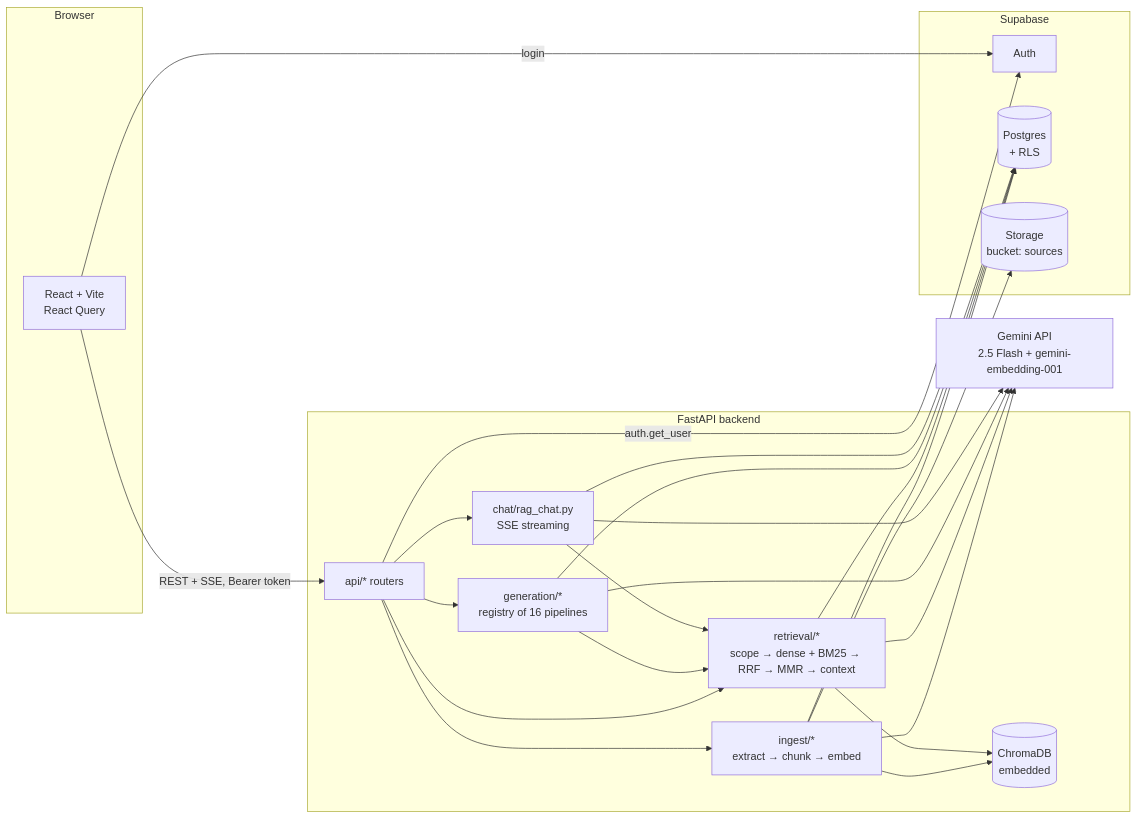
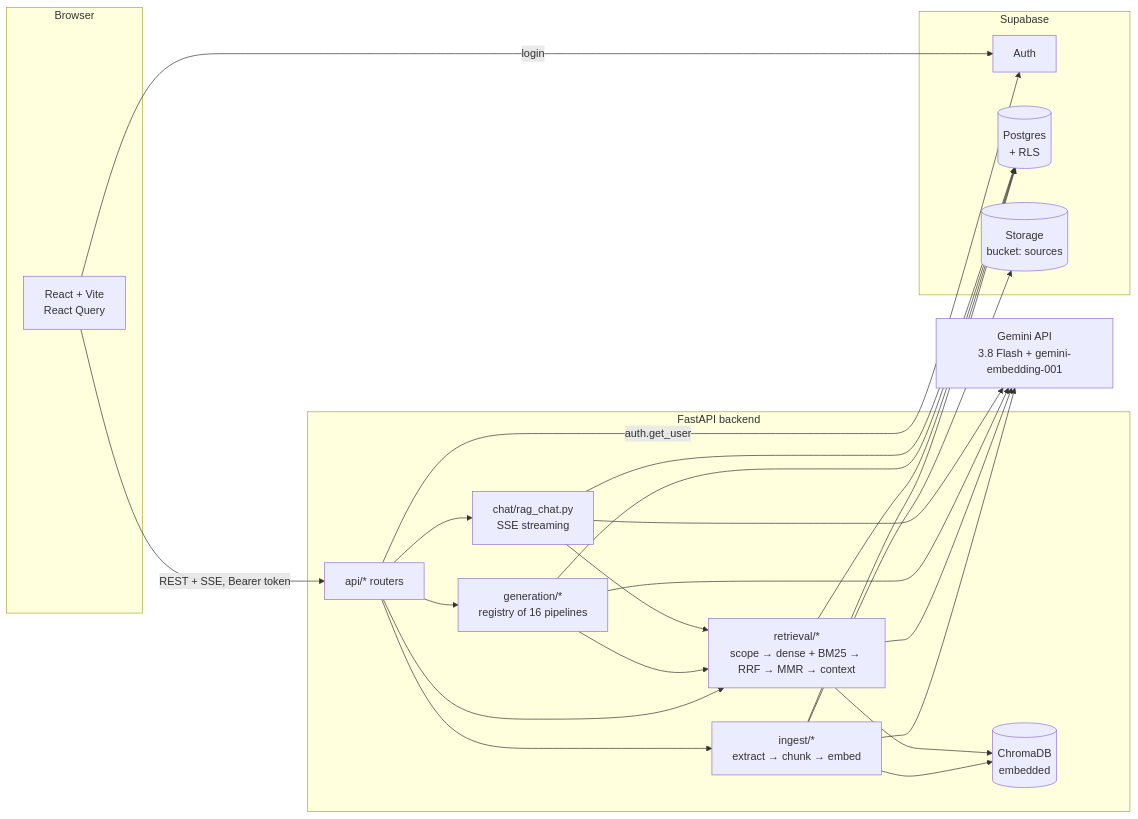
Before and after one commit to Lukey-7/StudyForge: the diagram in docs/ARCHITECTURE.md, drawn with Mermaid. The commit also changed other lines of this file and 10 other files, not shown here.

First line of the commit message:
feat: default to gemini-3.8-flash and enable LLM rerank, with measured eval results

````diff
--- a/docs/ARCHITECTURE.md
+++ b/docs/ARCHITECTURE.md
@@ -3,29 +3,29 @@
 ```mermaid
 flowchart LR
   subgraph Browser
     UI[React + Vite<br/>React Query]
   end
   subgraph Supabase
     AUTH[Auth]
     PG[(Postgres<br/>+ RLS)]
     ST[(Storage<br/>bucket: sources)]
   end
   subgraph Backend[FastAPI backend]
     API[api/* routers]
     ING[ingest/*<br/>extract → chunk → embed]
     RET[retrieval/*<br/>scope → dense + BM25 → RRF → MMR → context]
     GEN[generation/*<br/>registry of 16 pipelines]
     CHAT[chat/rag_chat.py<br/>SSE streaming]
     CH[(ChromaDB<br/>embedded)]
   end
-  GEM[Gemini API<br/>2.5 Flash + gemini-embedding-001]
+  GEM[Gemini API<br/>3.8 Flash + gemini-embedding-001]
 
   UI -- login --> AUTH
   UI -- REST + SSE, Bearer token --> API
   API -- auth.get_user --> AUTH
   API --> ING & RET & GEN & CHAT
   ING --> ST & PG & CH & GEM
   RET --> CH & PG & GEM
   GEN --> RET & PG & GEM
   CHAT --> RET & PG & GEM
 ```
````
